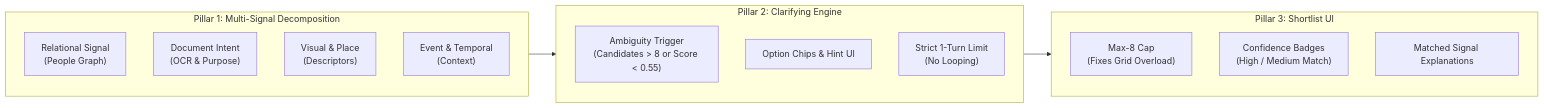
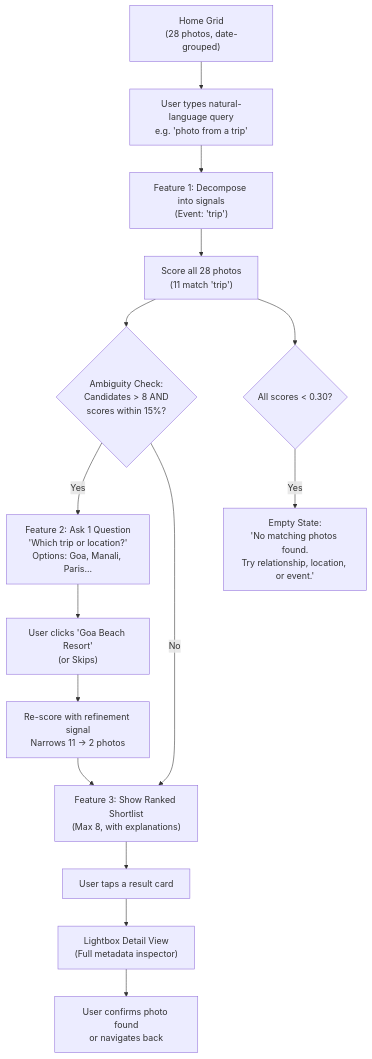
One commit to DhruvUniyal-11/googlePhotosSearch changed the fourth of 4 diagrams in MEMORYLENS_PM_SLIDE.md. Above: the diagram before and after it, drawn with Mermaid. The commit also changed other lines of this file, not shown here.

Commit message:
Comprehensive PM deck with full feature detail, data model, edge cases, UI spec, and live benchmark results

````diff
--- a/MEMORYLENS_PM_SLIDE.md
+++ b/MEMORYLENS_PM_SLIDE.md
@@ -15,23 +306,25 @@
 ```mermaid
-graph LR
-    subgraph P1 ["Pillar 1: Multi-Signal Decomposition"]
-        S1["Relational Signal<br/>(People Graph)"]
-        S2["Document Intent<br/>(OCR & Purpose)"]
-        S3["Visual & Place<br/>(Descriptors)"]
-        S4["Event & Temporal<br/>(Context)"]
-    end
+graph TD
+    Home["Home Grid<br/>(28 photos, date-grouped)"]
+    Home --> TypeQuery["User types natural-language query<br/>e.g. 'photo from a trip'"]
 
-    subgraph P2 ["Pillar 2: Clarifying Engine"]
-        Q1["Ambiguity Trigger<br/>(Candidates > 8 or Score < 0.55)"]
-        Q2["Option Chips & Hint UI"]
-        Q3["Strict 1-Turn Limit<br/>(No Looping)"]
-    end
+    TypeQuery --> Decompose["Feature 1: Decompose into signals<br/>(Event: 'trip')"]
+    Decompose --> Score["Score all 28 photos<br/>(11 match 'trip')"]
 
-    subgraph P3 ["Pillar 3: Shortlist UI"]
-        R1["Max-8 Cap<br/>(Fixes Grid Overload)"]
-        R2["Confidence Badges<br/>(High / Medium Match)"]
-        R3["Matched Signal Explanations"]
-    end
+    Score --> AmbiguityCheck{"Ambiguity Check:<br/>Candidates > 8 AND<br/>scores within 15%?"}
 
-    P1 --> P2 --> P3
+    AmbiguityCheck -- "Yes" --> AskQuestion["Feature 2: Ask 1 Question<br/>'Which trip or location?'<br/>Options: Goa, Manali, Paris..."]
+
+    AskQuestion --> UserAnswers["User clicks 'Goa Beach Resort'<br/>(or Skips)"]
+    UserAnswers --> ReScore["Re-score with refinement signal<br/>Narrows 11 → 2 photos"]
+
+    AmbiguityCheck -- "No" --> ShowShortlist["Feature 3: Show Ranked Shortlist<br/>(Max 8, with explanations)"]
+    ReScore --> ShowShortlist
+
+    ShowShortlist --> TapResult["User taps a result card"]
+    TapResult --> Lightbox["Lightbox Detail View<br/>(Full metadata inspector)"]
+    Lightbox --> BackOrDone["User confirms photo found<br/>or navigates back"]
+
+    Score --> ZeroCheck{"All scores < 0.30?"}
+    ZeroCheck -- "Yes" --> EmptyState["Empty State:<br/>'No matching photos found.<br/>Try relationship, location, or event.'"]
 ```
````
